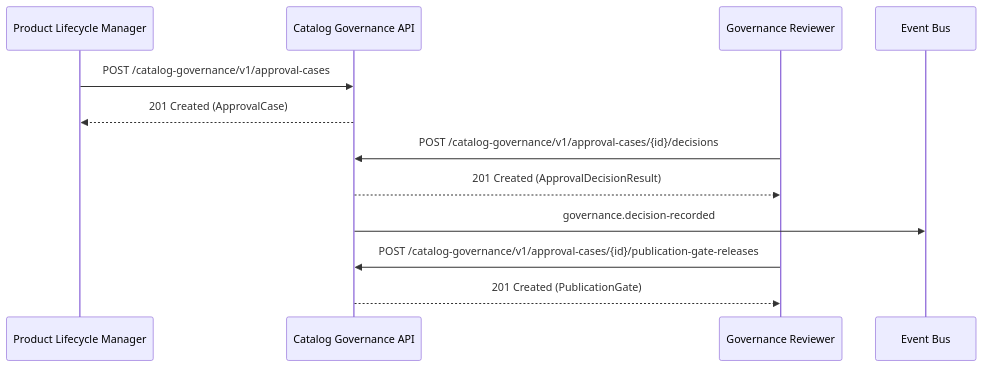
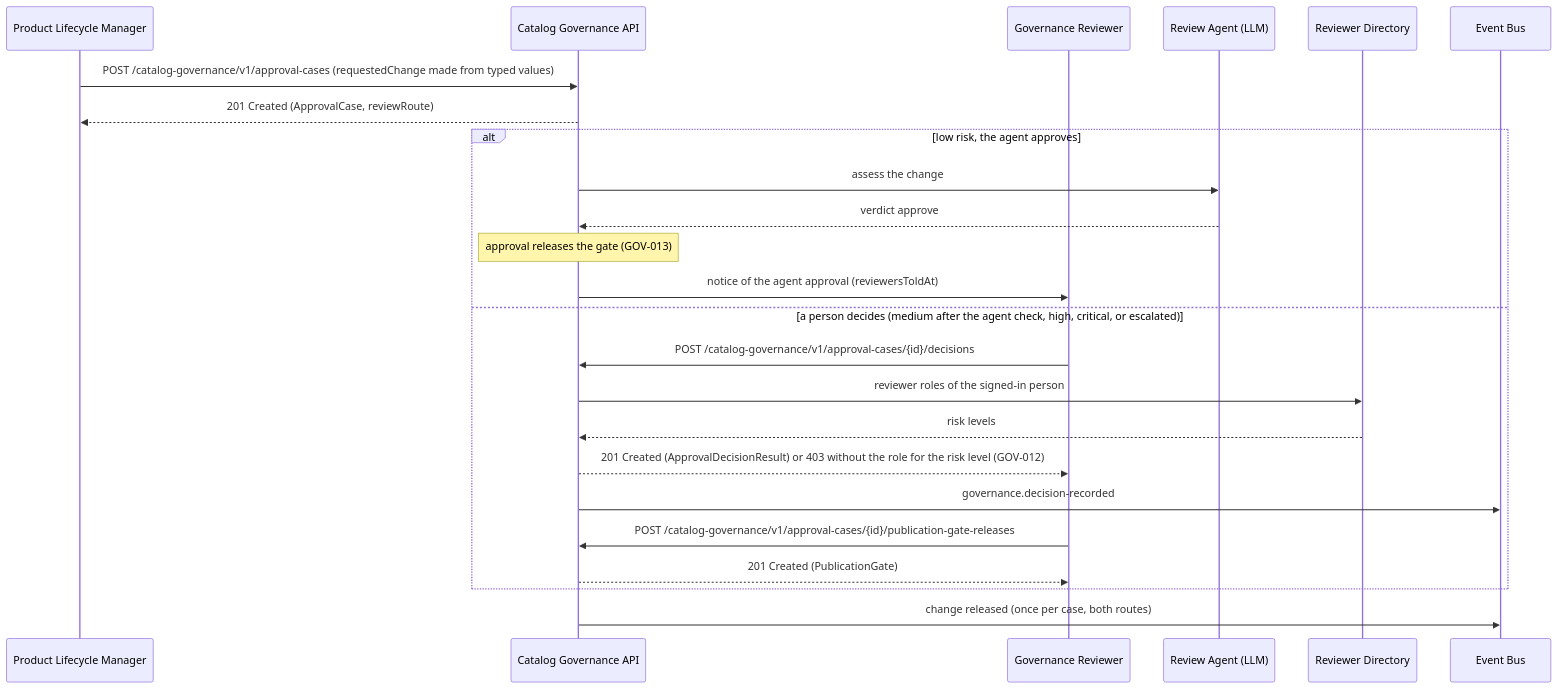
One commit to cjjohansen/drone-web changed the third of 5 diagrams in design/catalog-management-v2/addr/refine/sequence-diagrams.md. Above: the diagram before and after it, drawn with Mermaid. The commit also changed other lines of this file and 14 other files, not shown here.

Commit message:
JS1 model: typed change values, agent approval releases the gate, GOV-012 by role (drone-web D-039) (#36)

````diff
--- a/design/catalog-management-v2/addr/refine/sequence-diagrams.md
+++ b/design/catalog-management-v2/addr/refine/sequence-diagrams.md
@@ -39,15 +39,27 @@
 ```mermaid
 sequenceDiagram
     participant Manager as Product Lifecycle Manager
     participant GOV as Catalog Governance API
     participant Reviewer as Governance Reviewer
+    participant Agent as Review Agent (LLM)
+    participant DIR as Reviewer Directory
     participant EVT as Event Bus
 
-    Manager->>GOV: POST /catalog-governance/v1/approval-cases
-    GOV-->>Manager: 201 Created (ApprovalCase)
-    Reviewer->>GOV: POST /catalog-governance/v1/approval-cases/{id}/decisions
-    GOV-->>Reviewer: 201 Created (ApprovalDecisionResult)
-    GOV->>EVT: governance.decision-recorded
-    Reviewer->>GOV: POST /catalog-governance/v1/approval-cases/{id}/publication-gate-releases
-    GOV-->>Reviewer: 201 Created (PublicationGate)
+    Manager->>GOV: POST /catalog-governance/v1/approval-cases (requestedChange made from typed values)
+    GOV-->>Manager: 201 Created (ApprovalCase, reviewRoute)
+    alt low risk, the agent approves
+        GOV->>Agent: assess the change
+        Agent-->>GOV: verdict approve
+        Note over GOV: approval releases the gate (GOV-013)
+        GOV->>Reviewer: notice of the agent approval (reviewersToldAt)
+    else a person decides (medium after the agent check, high, critical, or escalated)
+        Reviewer->>GOV: POST /catalog-governance/v1/approval-cases/{id}/decisions
+        GOV->>DIR: reviewer roles of the signed-in person
+        DIR-->>GOV: risk levels
+        GOV-->>Reviewer: 201 Created (ApprovalDecisionResult) or 403 without the role for the risk level (GOV-012)
+        GOV->>EVT: governance.decision-recorded
+        Reviewer->>GOV: POST /catalog-governance/v1/approval-cases/{id}/publication-gate-releases
+        GOV-->>Reviewer: 201 Created (PublicationGate)
+    end
+    GOV->>EVT: change released (once per case, both routes)
 ```
````
